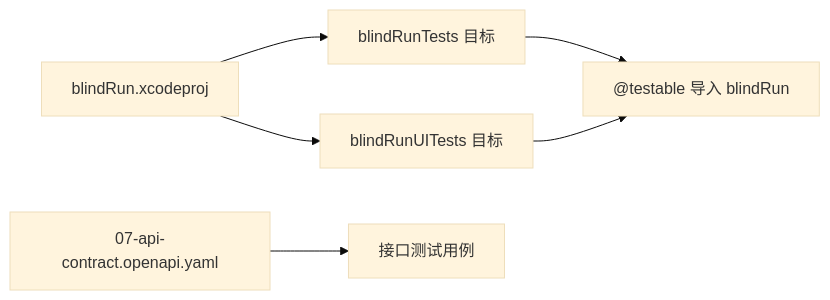
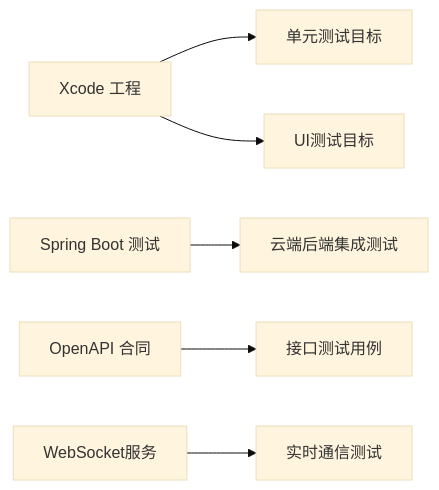
One commit to Jayden23018/blind-run-ios changed the seventh of 7 diagrams in .qoder/repowiki/zh/content/测试策略/测试自动化与持续集成.md. Above: the diagram before and after it, drawn with Mermaid (base theme). The commit also changed other lines of this file and 23 other files, not shown here.

Commit message:
Implement MVP booking and volunteer flow updates

````diff
--- a/.qoder/repowiki/zh/content/测试策略/测试自动化与持续集成.md
+++ b/.qoder/repowiki/zh/content/测试策略/测试自动化与持续集成.md
@@ -203,8 +340,8 @@
 ```mermaid
 graph LR
-A["blindRun.xcodeproj"] --> B["blindRunTests 目标"]
-A --> C["blindRunUITests 目标"]
-B --> D["@testable 导入 blindRun"]
-C --> D
-E["07-api-contract.openapi.yaml"] --> F["接口测试用例"]
+A["Xcode 工程"] --> B["单元测试目标"]
+A --> C["UI测试目标"]
+D["Spring Boot 测试"] --> E["云端后端集成测试"]
+F["OpenAPI 合同"] --> G["接口测试用例"]
+H["WebSocket服务"] --> I["实时通信测试"]
 ```
````
